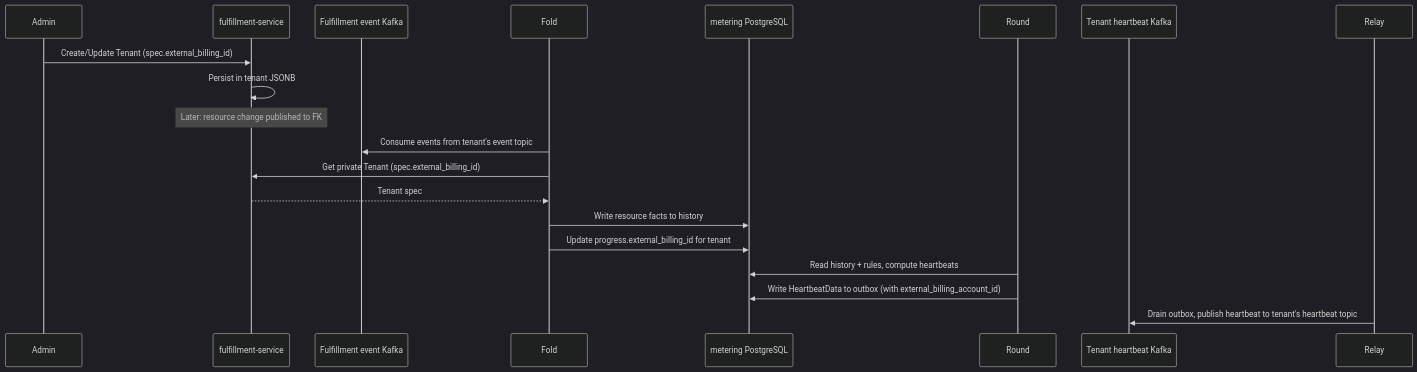
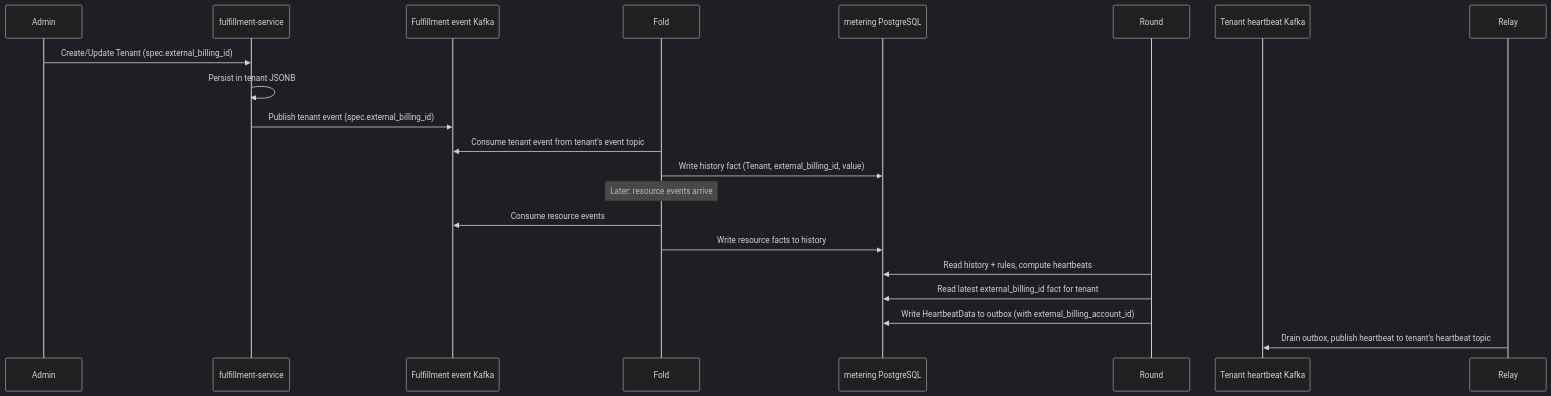
One commit to orli-nagar/enhancement-proposals changed the diagram in enhancements/OSAC-6161-tenant-external-billing-id/design.md. Above: the diagram before and after it, drawn with Mermaid (dark theme). The commit also changed other lines of this file, not shown here.

Commit message:
adopt event-stream approach for billing id propagation

````diff
--- a/enhancements/OSAC-6161-tenant-external-billing-id/design.md
+++ b/enhancements/OSAC-6161-tenant-external-billing-id/design.md
@@ -60,22 +60,23 @@
 ```mermaid
 sequenceDiagram
     participant Admin
     participant FS as fulfillment-service
     participant FK as Fulfillment event Kafka
     participant Fold
     participant MDB as metering PostgreSQL
     participant Round
     participant HK as Tenant heartbeat Kafka
 
     Admin->>FS: Create/Update Tenant (spec.external_billing_id)
     FS->>FS: Persist in tenant JSONB
-    Note over FS: Later: resource change published to FK
-    Fold->>FK: Consume events from tenant's event topic
-    Fold->>FS: Get private Tenant (spec.external_billing_id)
-    FS-->>Fold: Tenant spec
+    FS->>FK: Publish tenant event (spec.external_billing_id)
+    Fold->>FK: Consume tenant event from tenant's event topic
+    Fold->>MDB: Write history fact (Tenant, external_billing_id, value)
+    Note over Fold: Later: resource events arrive
+    Fold->>FK: Consume resource events
     Fold->>MDB: Write resource facts to history
-    Fold->>MDB: Update progress.external_billing_id for tenant
     Round->>MDB: Read history + rules, compute heartbeats
+    Round->>MDB: Read latest external_billing_id fact for tenant
     Round->>MDB: Write HeartbeatData to outbox (with external_billing_account_id)
     Relay->>HK: Drain outbox, publish heartbeat to tenant's heartbeat topic
 ```
````
